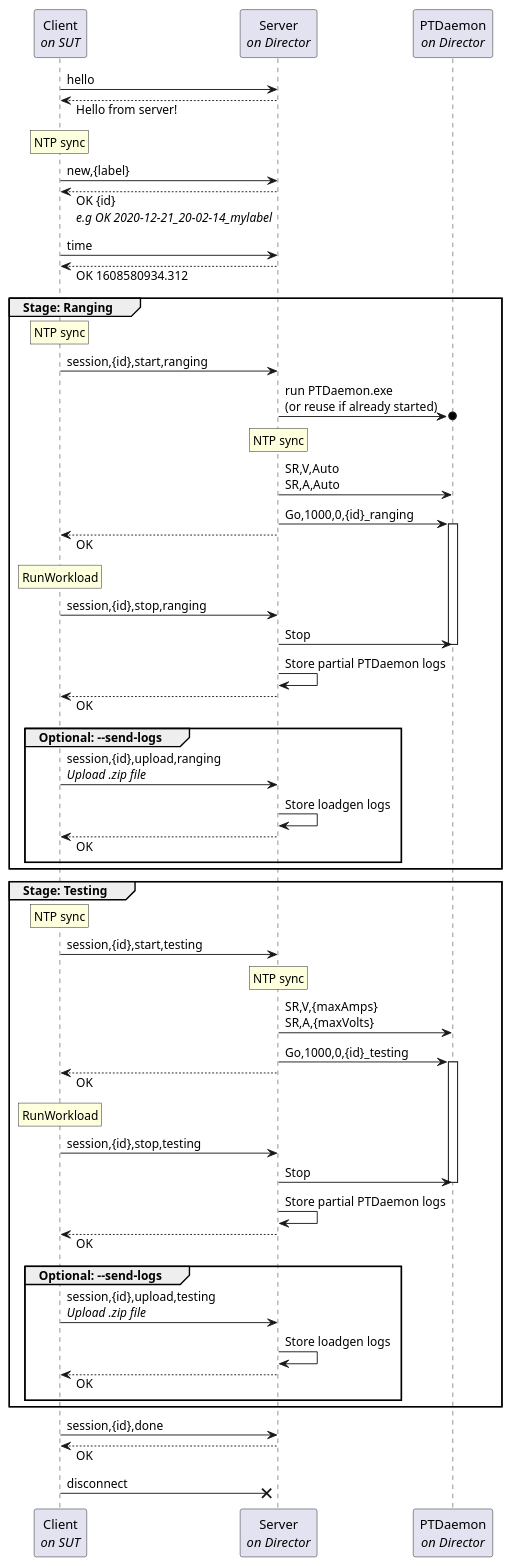
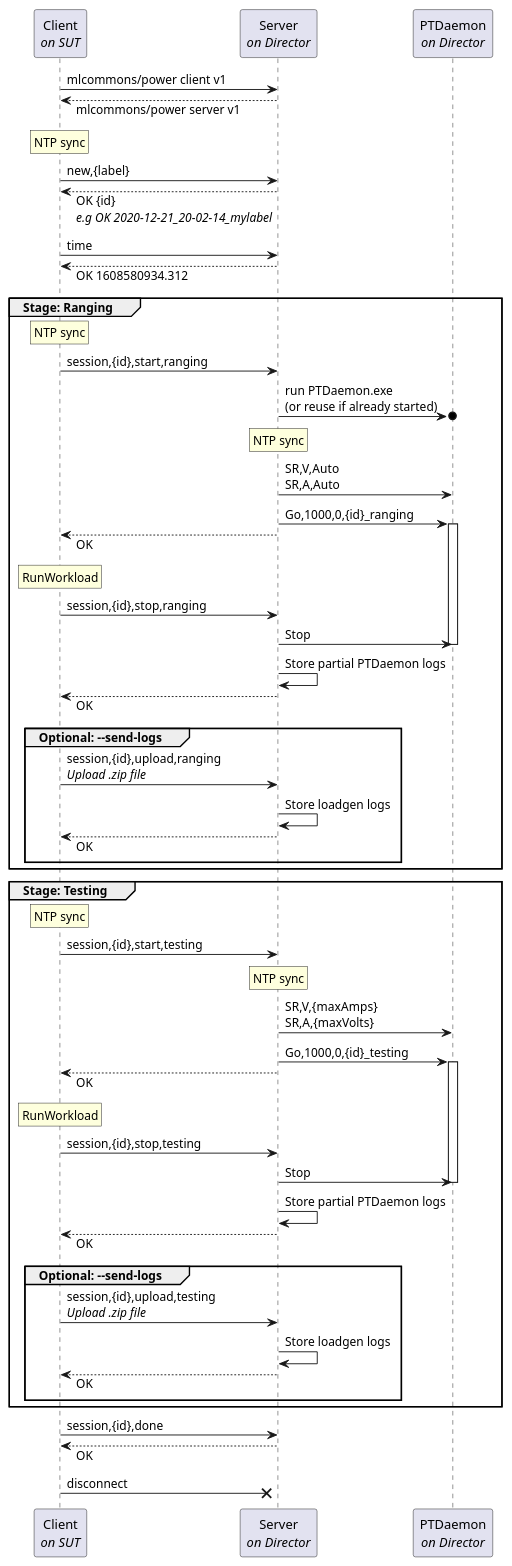
One commit to mlcommons/power-dev changed the diagram in ptd_client_server/doc/sequence.puml. Above: the diagram before and after it, drawn with PlantUML. The commit also changed 3 other files, not shown here.

```diff
--- a/ptd_client_server/doc/sequence.puml
+++ b/ptd_client_server/doc/sequence.puml
@@ -4,92 +4,92 @@
 @startuml
 
 skinparam responseMessageBelowArrow true
 
 participant "Client\n//on SUT//" as Client
 participant "Server\n//on Director//" as Server
 participant "PTDaemon\n//on Director//" as PTDaemon
 
-Client -> Server: hello
-Client <-- Server: Hello from server!
+Client -> Server: mlcommons/power client v1
+Client <-- Server: mlcommons/power server v1
 
 rnote over Client
     NTP sync
 endnote
 
 Client -> Server: new,{label}
 Client <-- Server: OK {id}\n//e.g OK 2020-12-21_20-02-14_mylabel//
 
 Client -> Server: time
 Client <-- Server: OK 1608580934.312
 
 group Stage: Ranging
     rnote over Client
         NTP sync
     endnote
 
     Client -> Server: session,{id},start,ranging
     Server ->o PTDaemon: run PTDaemon.exe\n(or reuse if already started)
     rnote over Server
         NTP sync
     endnote
     Server -> PTDaemon: SR,V,Auto\nSR,A,Auto
     Server -> PTDaemon: Go,1000,0,{id}_ranging
     
     activate PTDaemon
     Client <-- Server: OK
     
     rnote over Client
         RunWorkload
     endnote
     
     Client -> Server: session,{id},stop,ranging
     Server -> PTDaemon: Stop
     deactivate PTDaemon
     Server -> Server: Store partial PTDaemon logs
     Client <-- Server: OK
     
     group Optional: --send-logs
         Client -> Server: session,{id},upload,ranging\n//Upload .zip file//
         Server -> Server: Store loadgen logs
         Client <-- Server: OK
     end
 end
 
 group Stage: Testing
     rnote over Client
         NTP sync
     endnote
 
     Client -> Server: session,{id},start,testing
     rnote over Server
         NTP sync
     endnote
     Server -> PTDaemon: SR,V,{maxAmps}\nSR,A,{maxVolts}
     Server -> PTDaemon: Go,1000,0,{id}_testing
     
     activate PTDaemon
     Client <-- Server: OK
     
     rnote over Client
         RunWorkload
     endnote
     
     Client -> Server: session,{id},stop,testing
     Server -> PTDaemon: Stop
     deactivate PTDaemon
     Server -> Server: Store partial PTDaemon logs
     Client <-- Server: OK
     
     group Optional: --send-logs
         Client -> Server: session,{id},upload,testing\n//Upload .zip file//
         Server -> Server: Store loadgen logs
         Client <-- Server: OK
     end
 end
 
 Client -> Server: session,{id},done
 Client <-- Server: OK
 
 Client ->x Server: disconnect
 
 @enduml
```
